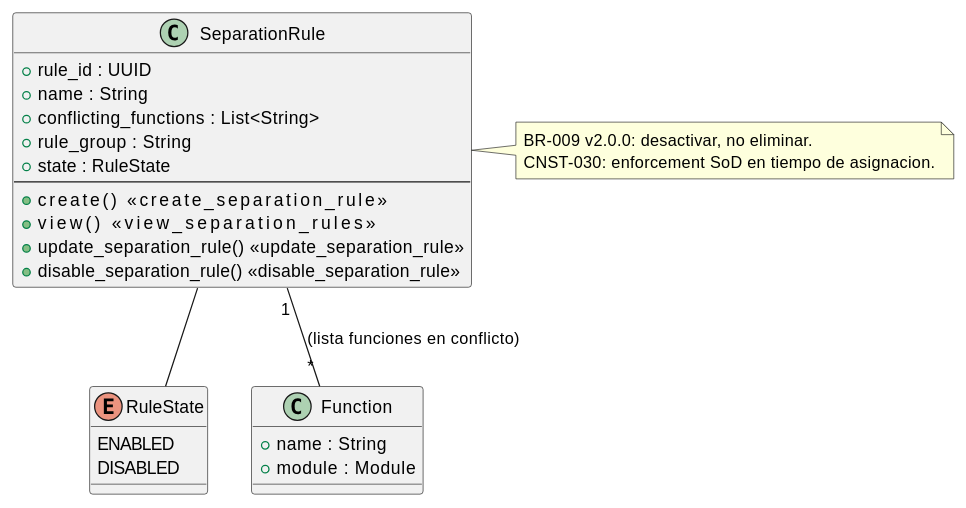
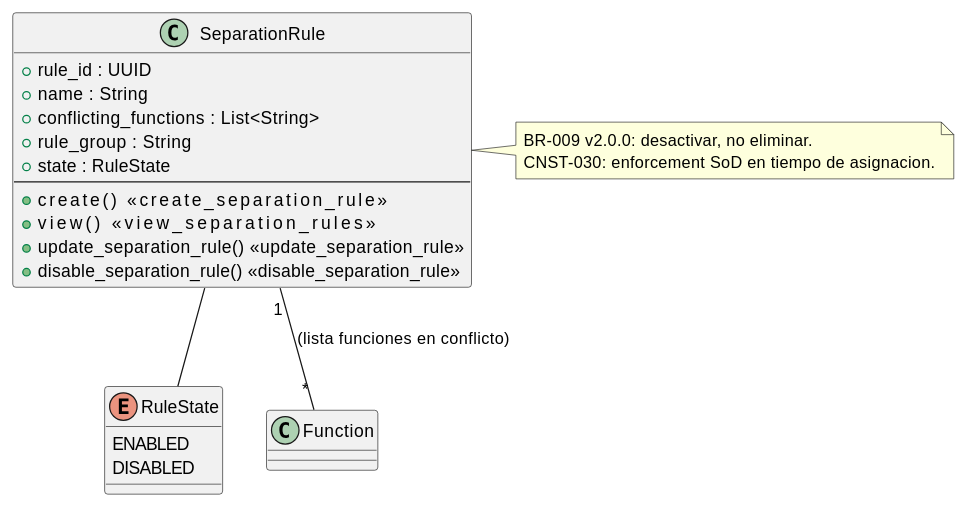
Before and after one commit to jcg-admin/IACT-docs: the diagram in source/arquitectura-tecnica/domain-model/separation-rule.rst, drawn with PlantUML. The commit also changed other lines of this file and 6 other files, not shown here.

```diff
--- a/source/arquitectura-tecnica/domain-model/separation-rule.rst
+++ b/source/arquitectura-tecnica/domain-model/separation-rule.rst
@@ -24,37 +24,33 @@
 .. uml::
  :caption: Clase SeparationRule — regla de separacion de funciones (SoD).
 
  @startuml
 
  class SeparationRule {
    + rule_id : UUID
    + name : String
    + conflicting_functions : List<String>
    + rule_group : String
    + state : RuleState
    --
    + create()                  <<create_separation_rule>>
    + view()                    <<view_separation_rules>>
    + update_separation_rule()  <<update_separation_rule>>
    + disable_separation_rule() <<disable_separation_rule>>
  }
 
  enum RuleState {
    ENABLED
    DISABLED
  }
 
- class Function {
-   + name : String
-   + module : Module
- }
 
  SeparationRule -- RuleState
  SeparationRule "1" -- "*" Function : (lista funciones en conflicto)
 
  note right of SeparationRule
    BR-009 v2.0.0: desactivar, no eliminar.
    CNST-030: enforcement SoD en tiempo de asignacion.
  end note
 
  @enduml
```
